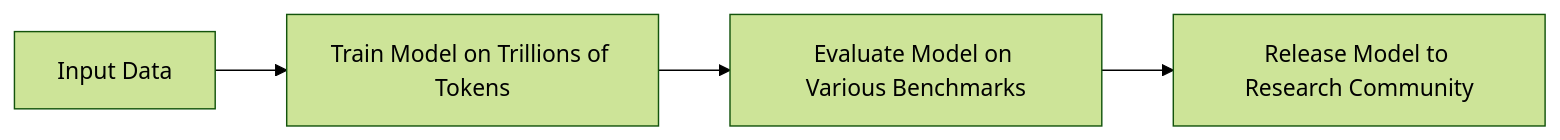
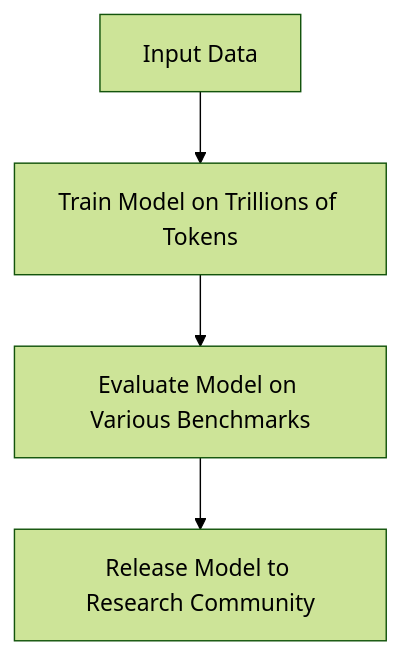
Before and after one commit to gatepoet/LLM-Guide: the third of 4 diagrams in README.md, drawn with Mermaid (forest theme). The commit also changed other lines of this file, not shown here.

````diff
--- a/README.md
+++ b/README.md
@@ -64,6 +64,6 @@
 ```mermaid
-graph LR
-A[Input Data] --> B[Train Model on Trillions of Tokens]
-B --> C[Evaluate Model on Various Benchmarks]
-C --> D[Release Model to Research Community]
+    graph
+    A[Input Data] --> B[Train Model on Trillions of Tokens]
+    B --> C[Evaluate Model on Various Benchmarks]
+    C --> D[Release Model to Research Community]
 ```
````
